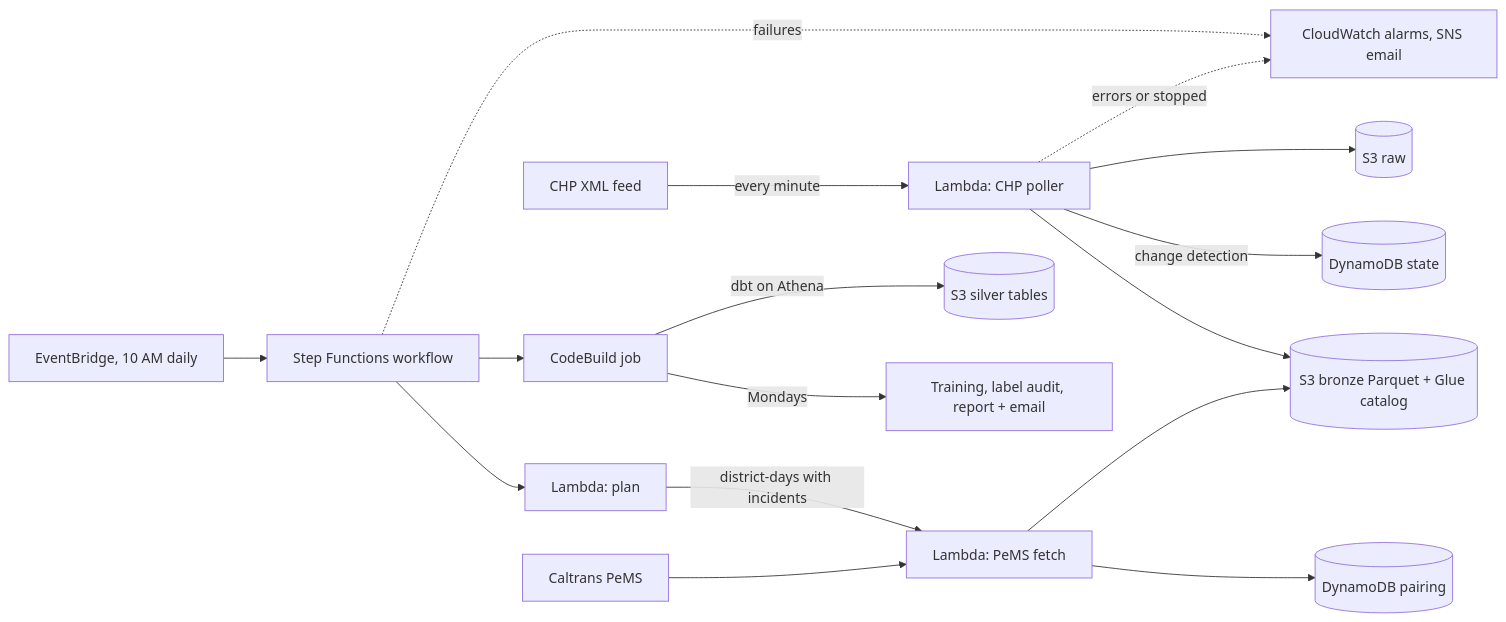
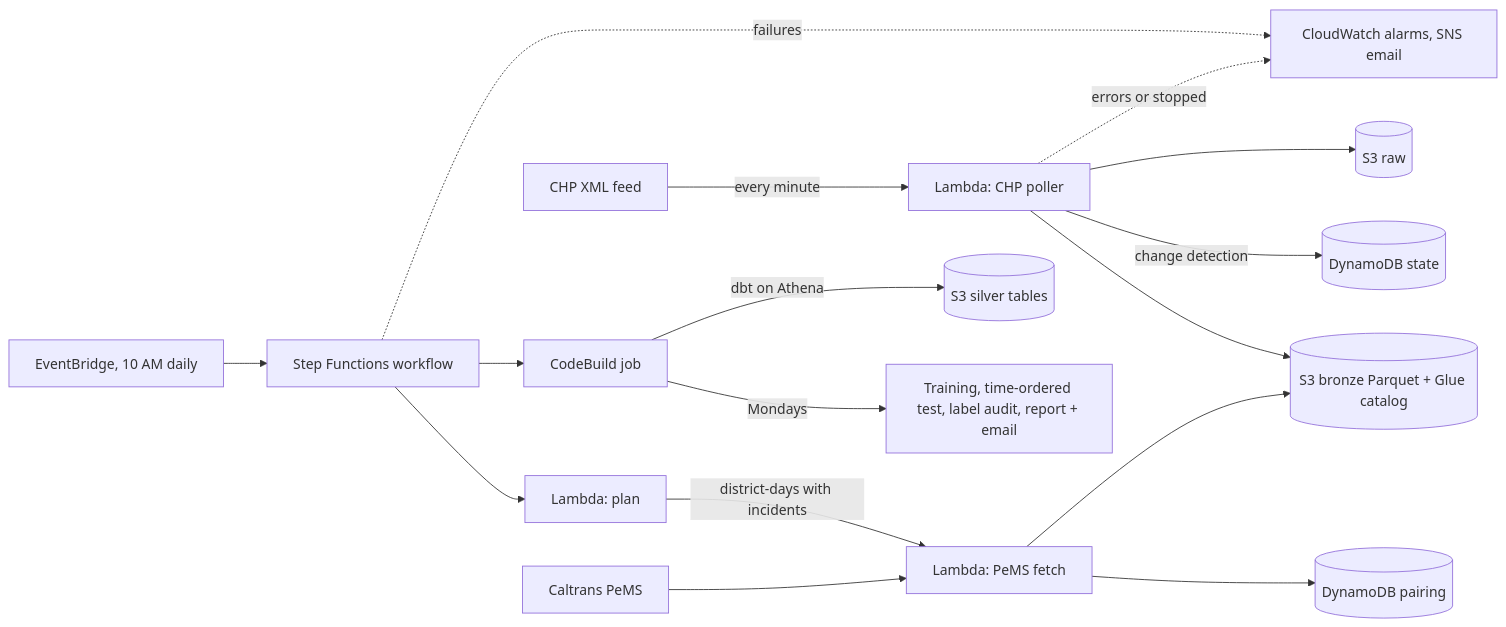
Before and after one commit to AtharvaRaut05/chp-backup: the diagram in README.md, drawn with Mermaid. The commit also changed other lines of this file and 25 other files, not shown here.

Commit message:
Time-ordered evaluation, model promotion, duplicate removal, pipeline health report, zone and rain features, Caltrans travel-time collector

````diff
--- a/README.md
+++ b/README.md
@@ -47,20 +86,20 @@
 ```mermaid
 flowchart LR
     CHP["CHP XML feed"] -->|every minute| Poller["Lambda: CHP poller"]
     Poller -->|change detection| DDB[("DynamoDB state")]
     Poller --> Raw[("S3 raw")]
     Poller --> Bronze[("S3 bronze Parquet + Glue catalog")]
 
     Sched["EventBridge, 10 AM daily"] --> SF["Step Functions workflow"]
     SF --> Plan["Lambda: plan"]
     Plan -->|district-days with incidents| Fetch["Lambda: PeMS fetch"]
     PeMS["Caltrans PeMS"] --> Fetch
     Fetch --> Bronze
     Fetch --> Pair[("DynamoDB pairing")]
     SF --> Job["CodeBuild job"]
     Job -->|dbt on Athena| Silver[("S3 silver tables")]
-    Job -->|Mondays| Report["Training, label audit, report + email"]
+    Job -->|Mondays| Report["Training, time-ordered test, label audit, report + email"]
 
     SF -.->|failures| Alarm["CloudWatch alarms, SNS email"]
     Poller -.->|errors or stopped| Alarm
 ```
````
